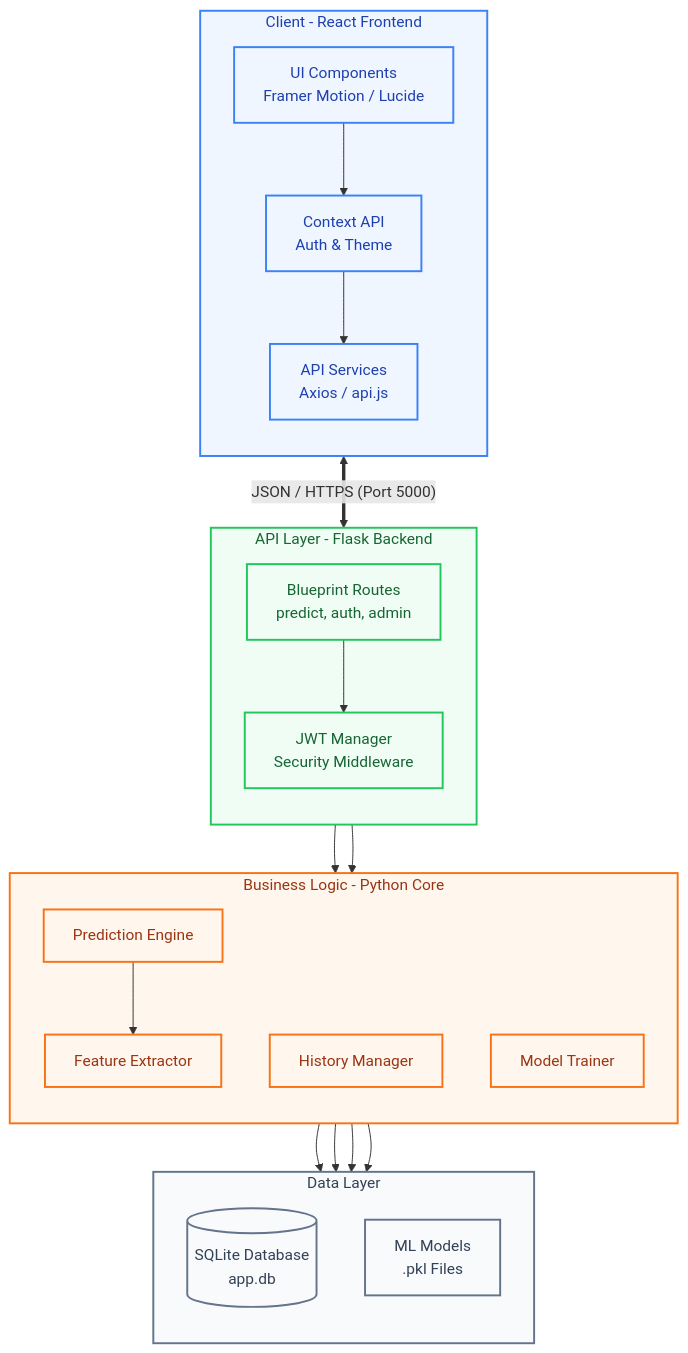
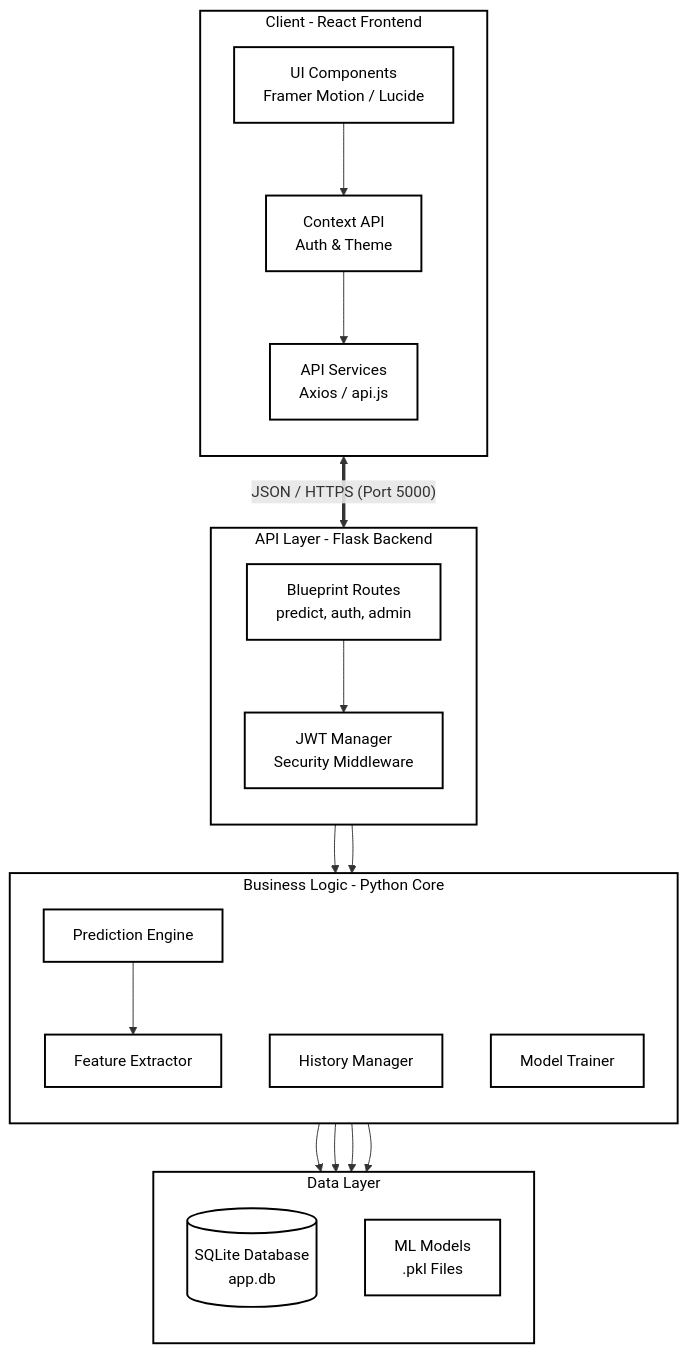
Before and after one commit to Rehana401/Final-year-project: the diagram in diagrams/component_diagram.mmd, drawn with Mermaid. The commit also changed 1 other file, not shown here.

Commit message:
Update component diagrams to black and white for documentation

```diff
--- a/diagrams/component_diagram.mmd
+++ b/diagrams/component_diagram.mmd
@@ -1,52 +1,49 @@
 flowchart TB
-    %% Styling
-    classDef frontend fill:#eff6ff,stroke:#3b82f6,stroke-width:2px,color:#1e40af;
-    classDef backend fill:#f0fdf4,stroke:#22c55e,stroke-width:2px,color:#166534;
-    classDef logic fill:#fff7ed,stroke:#f97316,stroke-width:2px,color:#9a3412;
-    classDef storage fill:#f8fafc,stroke:#64748b,stroke-width:2px,color:#334155;
+    %% Styling for Black & White Documentation
+    classDef default fill:#ffffff,stroke:#000000,stroke-width:2px,color:#000000;
+    classDef box fill:#ffffff,stroke:#000000,stroke-width:2px,color:#000000;
+    classDef db fill:#ffffff,stroke:#000000,stroke-width:2px,color:#000000;
 
     subgraph Client [Client - React Frontend]
         direction TB
         UI[UI Components<br/>Framer Motion / Lucide]
         Context[Context API<br/>Auth & Theme]
         Services[API Services<br/>Axios / api.js]
     end
 
     subgraph API [API Layer - Flask Backend]
         direction TB
         Routes[Blueprint Routes<br/>predict, auth, admin]
         JWT[JWT Manager<br/>Security Middleware]
     end
 
     subgraph Core [Business Logic - Python Core]
         direction TB
         PE[Prediction Engine]
         FE[Feature Extractor]
         HM[History Manager]
         Trainer[Model Trainer]
     end
 
     subgraph Data [Data Layer]
         direction TB
         DB[(SQLite Database<br/>app.db)]
         Models[ML Models<br/>.pkl Files]
     end
 
     %% Interactions
     UI --> Context
     Context --> Services
     Services <== "JSON / HTTPS (Port 5000)" ==> Routes
     Routes --> JWT
     JWT --> PE
     PE --> FE
     Routes --> HM
     HM --> DB
     PE --> Models
     Trainer --> Models
     Trainer --> DB
 
     %% Apply Styles
-    class Client,UI,Context,Services frontend;
-    class API,Routes,JWT backend;
-    class Core,PE,FE,HM,Trainer logic;
-    class Data,DB,Models storage;
+    class Client,UI,Context,Services,API,Routes,JWT,Core,PE,FE,HM,Trainer,Data,Models box;
+    class DB db;
```
